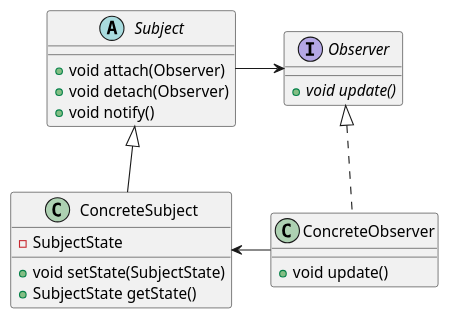
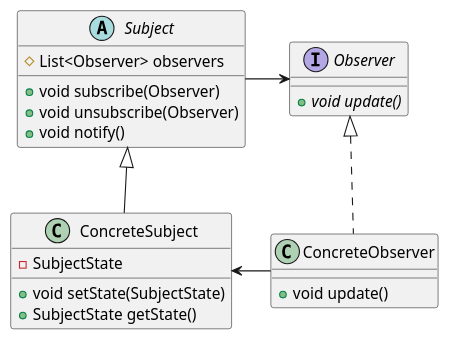
One commit to ohtaeg/TIL changed the diagram in design-pattern/src/chapter9_observer/uml/observer.puml. Above: the diagram before and after it, drawn with PlantUML. The commit also changed 12 other files, not shown here.

```diff
--- a/design-pattern/src/chapter9_observer/uml/observer.puml
+++ b/design-pattern/src/chapter9_observer/uml/observer.puml
@@ -1,25 +1,26 @@
 @startuml
 interface Observer {
     + {abstract} void update()
 }
 
 class ConcreteObserver implements Observer {
     + void update()
 }
 
 abstract class Subject {
-    + void attach(Observer)
-    + void detach(Observer)
+    # List<Observer> observers
+    + void subscribe(Observer)
+    + void unsubscribe(Observer)
     + void notify()
 }
 
 Subject -right-> Observer
 
 class ConcreteSubject extends Subject {
     - SubjectState
     + void setState(SubjectState)
     + SubjectState getState()
 }
 
 ConcreteObserver -left-> ConcreteSubject
 @enduml
```
